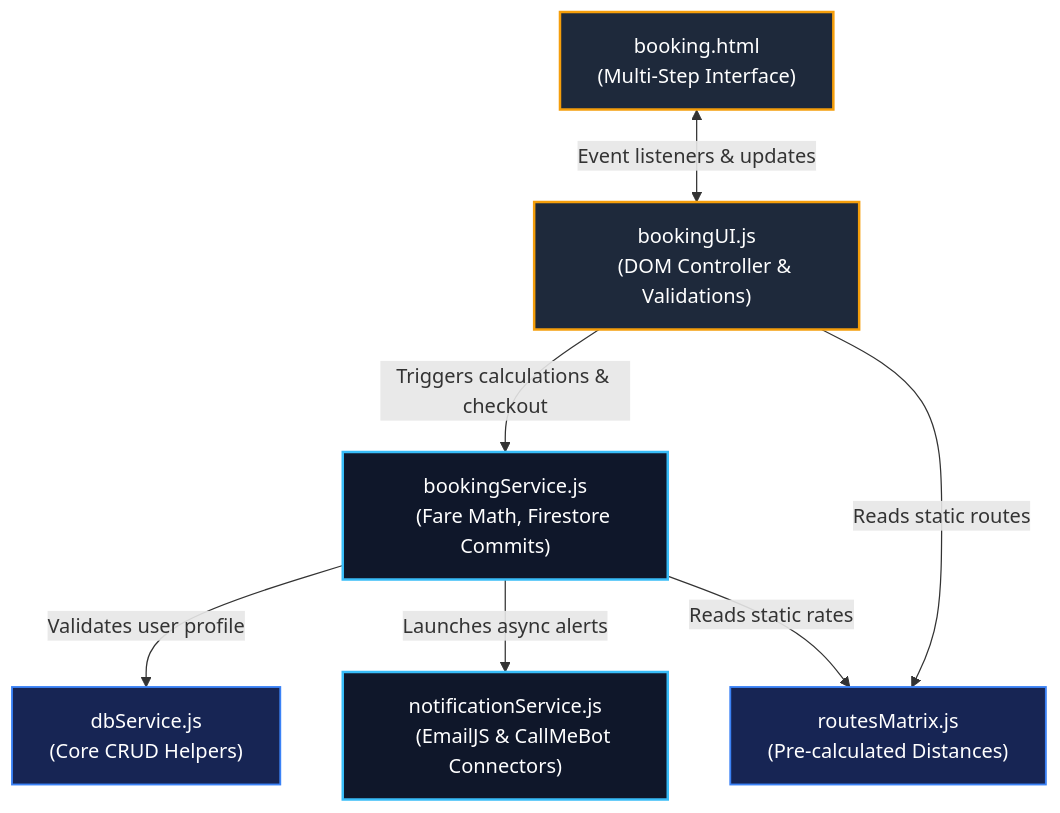
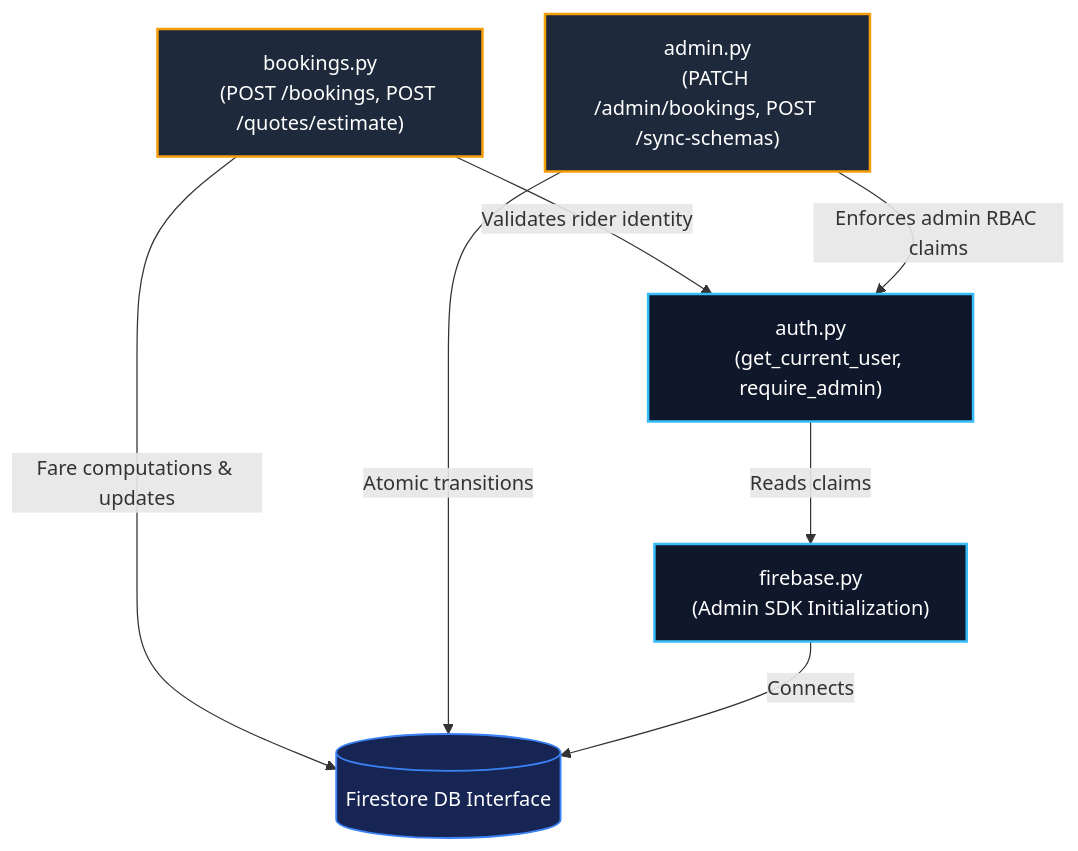
Before and after one commit to ishanm03/cab-website-cloud: the third of 5 diagrams in docs/application_design.md, drawn with Mermaid. The commit also changed other lines of this file, not shown here.

````diff
--- a/docs/application_design.md
+++ b/docs/application_design.md
@@ -114,34 +110,29 @@
 ```mermaid
 graph TD
     %% Styling
-    classDef ui fill:#1E293B,stroke:#F59E0B,stroke-width:2px,color:#fff;
-    classDef service fill:#0F172A,stroke:#38BDF8,stroke-width:2px,color:#fff;
-    classDef helper fill:#172554,stroke:#3B82F6,stroke-width:1.5px,color:#fff;
+    classDef route fill:#1E293B,stroke:#F59E0B,stroke-width:2px,color:#fff;
+    classDef core fill:#0F172A,stroke:#38BDF8,stroke-width:2px,color:#fff;
+    classDef db fill:#172554,stroke:#3B82F6,stroke-width:1.5px,color:#fff;
 
-    bookingHTML["booking.html
-    (Multi-Step Interface)"]:::ui
+    EndpointBooking["bookings.py
+    (POST /bookings, POST /quotes/estimate)"]:::route
     
-    bookingUI["bookingUI.js
-    (DOM Controller & Validations)"]:::ui
+    EndpointAdmin["admin.py
+    (PATCH /admin/bookings, POST /sync-schemas)"]:::route
     
-    bookingService["bookingService.js
-    (Fare Math, Firestore Commits)"]:::service
+    AuthDep["auth.py
+    (get_current_user, require_admin)"]:::core
     
-    notifyService["notificationService.js
-    (EmailJS & CallMeBot Connectors)"]:::service
+    FirebaseCore["firebase.py
+    (Admin SDK Initialization)"]:::core
     
-    routesMatrix["routesMatrix.js
-    (Pre-calculated Distances)"]:::helper
-    
-    dbService["dbService.js
-    (Core CRUD Helpers)"]:::helper
+    FirestoreDB[("Firestore DB Interface")]:::db
 
     %% Dependencies
-    bookingHTML <-->|"Event listeners & updates"| bookingUI
-    bookingUI -->|"Triggers calculations & checkout"| bookingService
-    bookingUI -->|"Reads static routes"| routesMatrix
-    
-    bookingService -->|"Validates user profile"| dbService
-    bookingService -->|"Launches async alerts"| notifyService
-    bookingService -->|"Reads static rates"| routesMatrix
+    EndpointBooking -->|"Validates rider identity"| AuthDep
+    EndpointAdmin -->|"Enforces admin RBAC claims"| AuthDep
+    AuthDep -->|"Reads claims"| FirebaseCore
+    EndpointBooking -->|"Fare computations & updates"| FirestoreDB
+    EndpointAdmin -->|"Atomic transitions"| FirestoreDB
+    FirebaseCore -->|"Connects"| FirestoreDB
 ```
````
